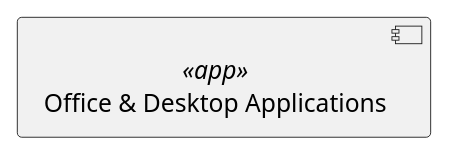
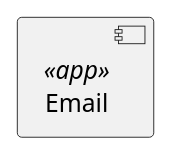
Before and after one commit to petersgiles/silver-octo-architecture: diagram 11 of 11 in src/content/docs/includes/common.iuml, drawn with PlantUML. The commit also changed other lines of this file and 12 other files, not shown here.

```diff
--- a/src/content/docs/includes/common.iuml
+++ b/src/content/docs/includes/common.iuml
@@ -45,3 +68,3 @@
-@startuml(id=app_ms_office)
-    component "Office & Desktop Applications" <<app>> as APP_MS_OFFICE 
+@startuml(id=app_email)
+    component "Email" <<app>> as APP_EMAIL 
 @enduml
```
